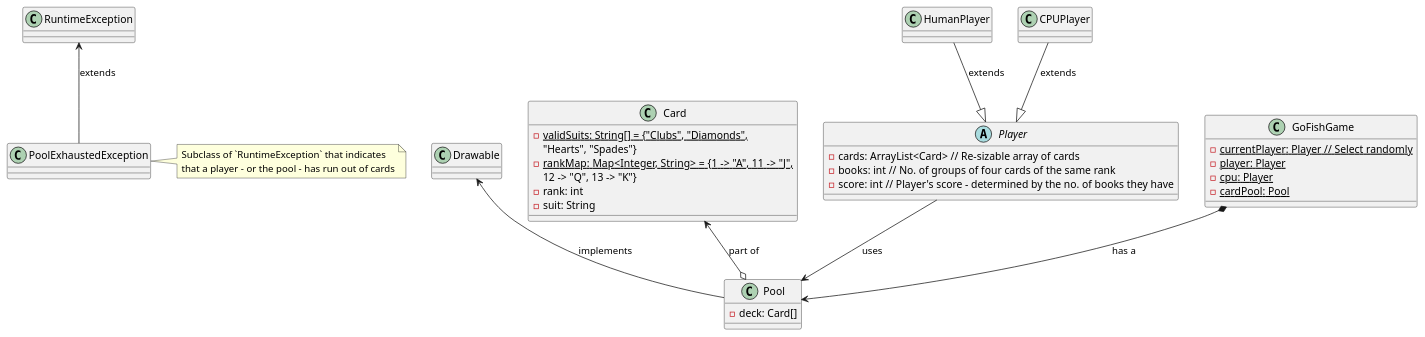
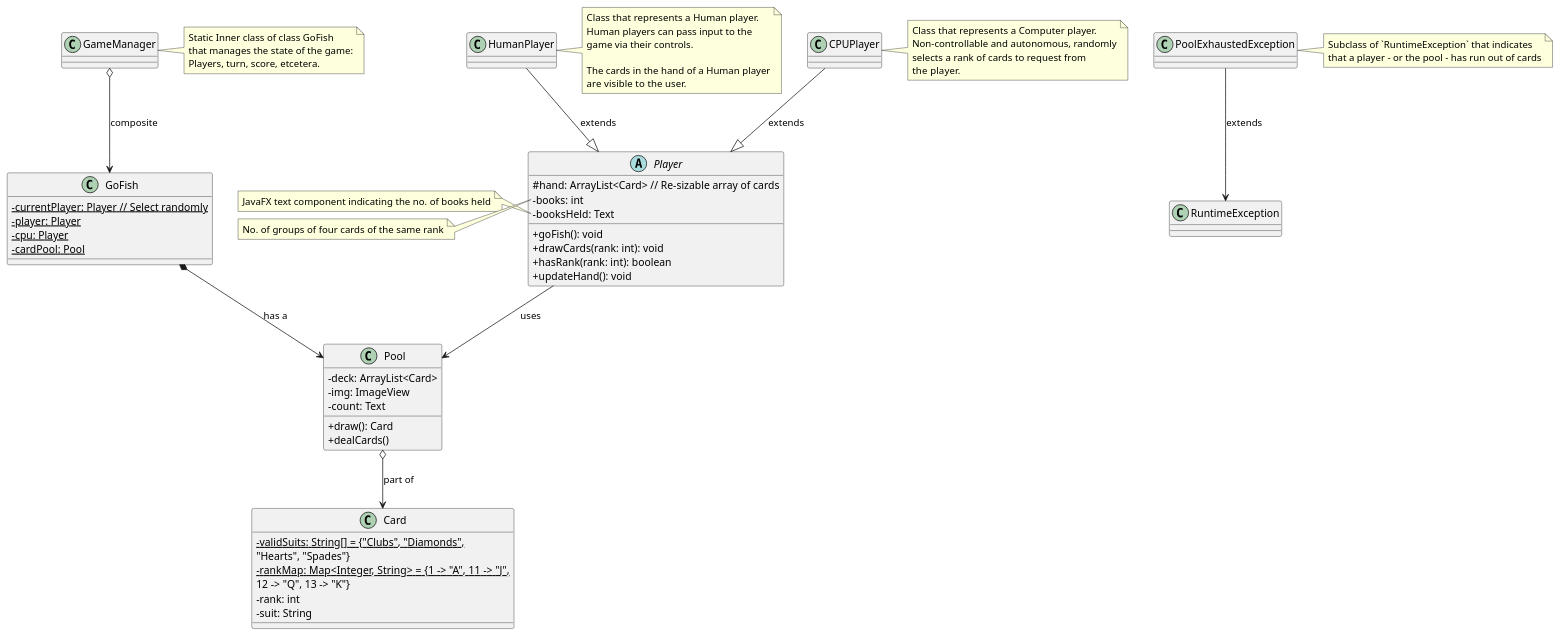
The diagram in doc/GoFish.puml (SanteIsHere/GoFishFinalProject), drawn with PlantUML before and after one commit. The commit also changed 6 other files, not shown here.

Commit message:
Add comments indicating met requirements; Remove `takenTurn` field from `Player` class; Update UML diagram; Add `Text` field to `CPUPlayer` indicating the rank of cards requested by the CPU.

```diff
--- a/doc/GoFish.puml
+++ b/doc/GoFish.puml
@@ -1,65 +1,107 @@
 @startuml GoFishGame
 
-' note top of Game
-'     "Go Fish simulation for two players"
-' end note
+skinparam ClassAttributeIconSize 0
 
 abstract class Player {
-    - cards: ArrayList<Card> // Re-sizable array of cards
-    - books: int // No. of groups of four cards of the same rank
-    - score: int // Player's score - determined by the no. of books they have
+    # hand: ArrayList<Card> // Re-sizable array of cards
+    - books: int 
+    - booksHeld: Text 
+
+    + goFish(): void
+    + drawCards(rank: int): void
+    + hasRank(rank: int): boolean
+    + updateHand(): void
 }
+
+note left of Player::booksHeld
+    JavaFX text component indicating the no. of books held
+end note
+
+note left of Player::books
+    No. of groups of four cards of the same rank
+end note
 
 class HumanPlayer {
 
 }
 
+note right of HumanPlayer
+    Class that represents a Human player.
+    Human players can pass input to the 
+    game via their controls.
+
+    The cards in the hand of a Human player
+    are visible to the user.
+end note
+
 class CPUPlayer {
 
 }
 
-class GoFishGame {
+note right of CPUPlayer
+    Class that represents a Computer player.
+    Non-controllable and autonomous, randomly
+    selects a rank of cards to request from
+    the player. 
+end note
+
+class GoFish {
     - {static} currentPlayer: Player // Select randomly
     - {static} player: Player
     - {static} cpu: Player
     - {static} cardPool: Pool
 }
 
+class GameManager {
+
+}
+
+note right of GameManager
+    Static Inner class of class GoFish
+    that manages the state of the game:
+    Players, turn, score, etcetera.    
+end note
+
 class Pool {
-    - deck: Card[]
+    - deck: ArrayList<Card>
+    - img: ImageView
+    - count: Text
+
+    + draw(): Card
+    + dealCards()
 }
 
 ' note right of Pool
 '     "Represents the deck of available cards"
 ' end note
 
 class Card {
     - {static} validSuits: String[] = {"Clubs", "Diamonds", 
     "Hearts", "Spades"}
     - {static} rankMap: Map<Integer, String> = {1 -> "A", 11 -> "J", 
     12 -> "Q", 13 -> "K"}
     - rank: int
     - suit: String
 }
 
 class Card {
 }
 
 class PoolExhaustedException {
 
 }
 
 note right of PoolExhaustedException
     Subclass of `RuntimeException` that indicates
     that a player - or the pool - has run out of cards
 end note
 
 HumanPlayer --|> Player: extends
 CPUPlayer --|> Player: extends
 Player --> Pool: uses
-Pool o-up-> Card: part of
-GoFishGame *--> Pool: has a
-Pool -up-> Drawable: implements
-PoolExhaustedException -up-> RuntimeException: extends
+Pool o--> Card: part of
+GoFish *--> Pool: has a
+PoolExhaustedException --> RuntimeException: extends
+GameManager o--> GoFish: composite
 
 @enduml
```
